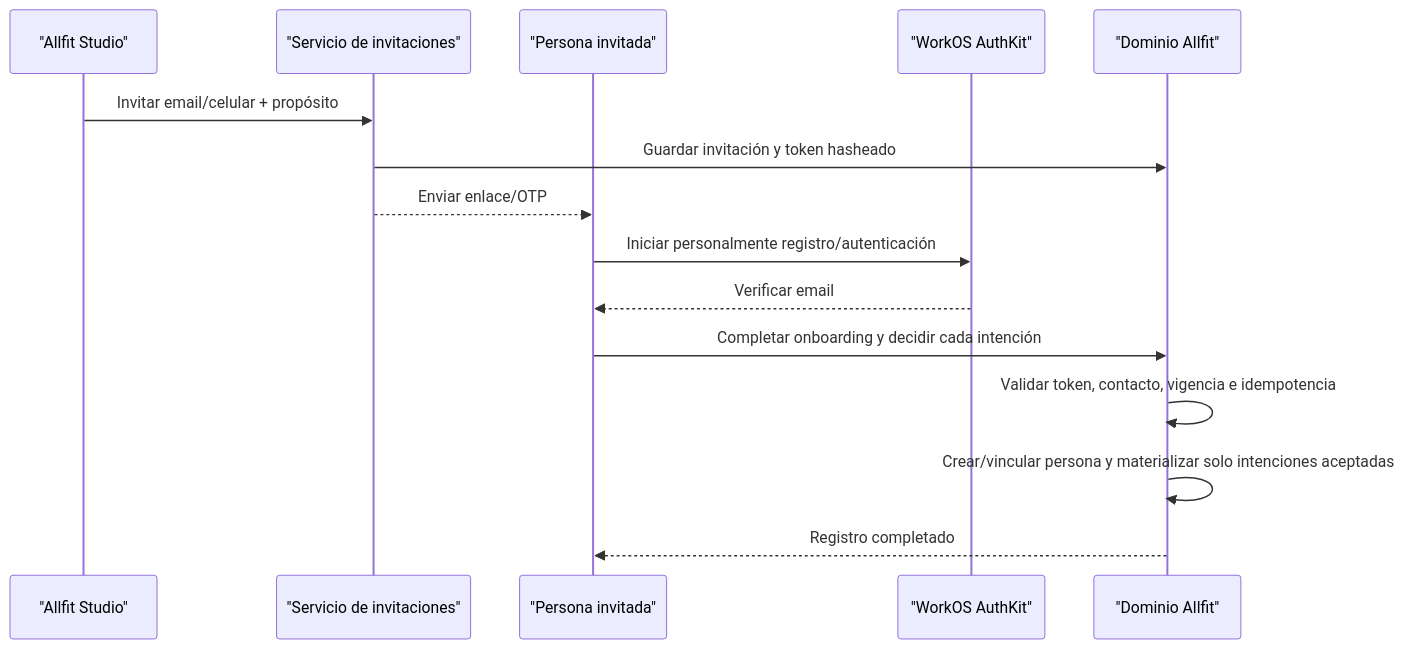
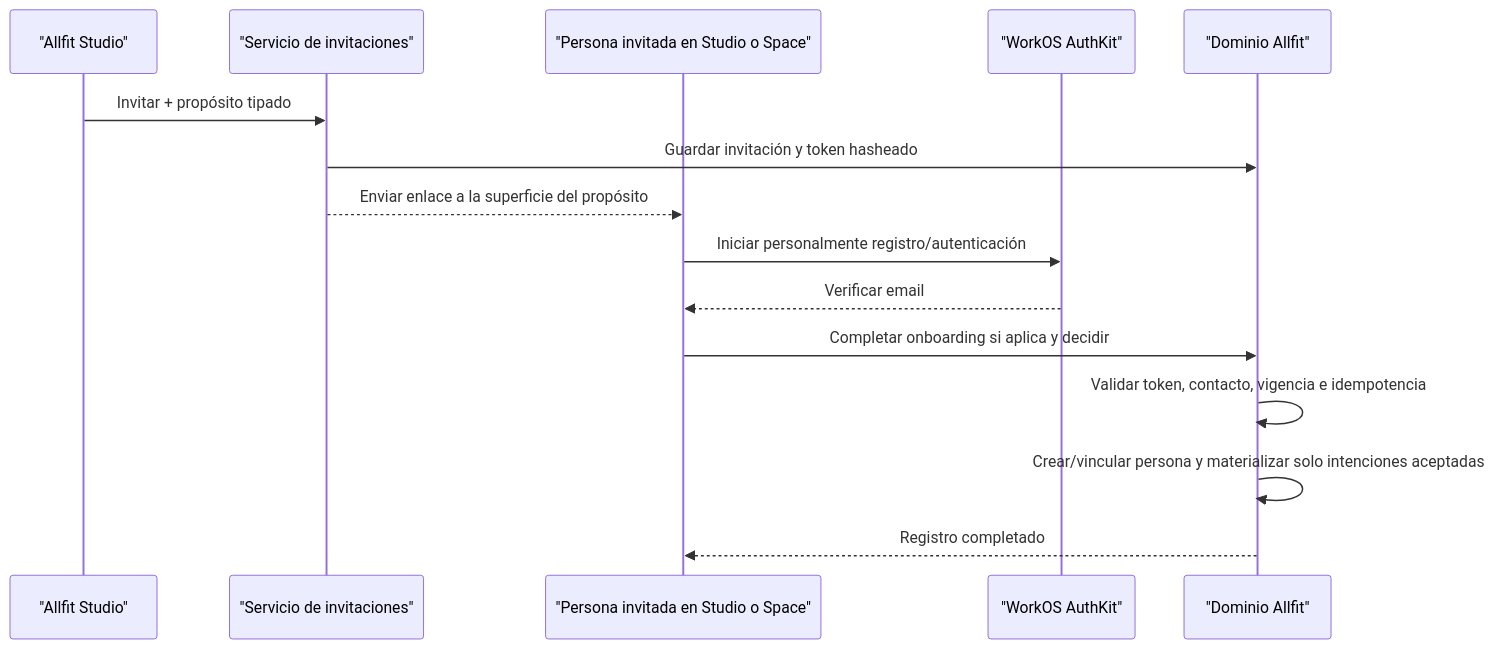
One commit to allfitone/allfitone-docs changed the second of 4 diagrams in platform/database/refactor/02_ARCHITECTURE_DECISIONS/ALLFIT_ARCHITECTURE_DECISIONS.md. Above: the diagram before and after it, drawn with Mermaid. The commit also changed other lines of this file and 16 other files, not shown here.

````diff
--- a/platform/database/refactor/02_ARCHITECTURE_DECISIONS/ALLFIT_ARCHITECTURE_DECISIONS.md
+++ b/platform/database/refactor/02_ARCHITECTURE_DECISIONS/ALLFIT_ARCHITECTURE_DECISIONS.md
@@ -110,18 +110,18 @@
 ```mermaid
 sequenceDiagram
     participant Studio as "Allfit Studio"
     participant Inv as "Servicio de invitaciones"
-    participant P as "Persona invitada"
+    participant P as "Persona invitada en Studio o Space"
     participant Auth as "WorkOS AuthKit"
     participant DB as "Dominio Allfit"
 
-    Studio->>Inv: Invitar email/celular + propósito
+    Studio->>Inv: Invitar + propósito tipado
     Inv->>DB: Guardar invitación y token hasheado
-    Inv-->>P: Enviar enlace/OTP
+    Inv-->>P: Enviar enlace a la superficie del propósito
     P->>Auth: Iniciar personalmente registro/autenticación
     Auth-->>P: Verificar email
-    P->>DB: Completar onboarding y decidir cada intención
+    P->>DB: Completar onboarding si aplica y decidir
     DB->>DB: Validar token, contacto, vigencia e idempotencia
     DB->>DB: Crear/vincular persona y materializar solo intenciones aceptadas
     DB-->>P: Registro completado
 ```
````
